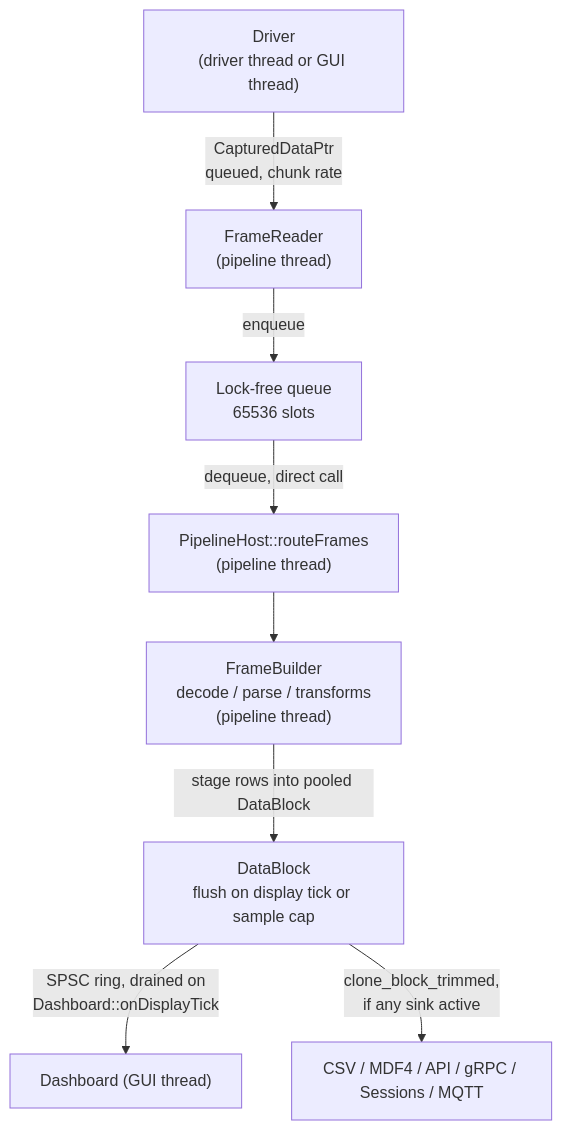
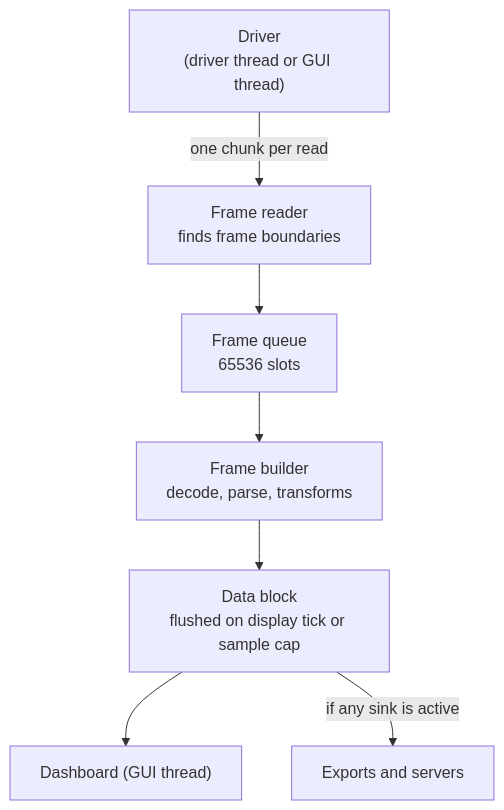
One commit to Serial-Studio/Serial-Studio changed the diagram in doc/help/Data-Hotpath.md. Above: the diagram before and after it, drawn with Mermaid. The commit also changed other lines of this file and 41 other files, not shown here.

First line of the commit message:
docs(help): rework the Drivers, Data, Integration, Architecture, Support and Licensing pages

````diff
--- a/doc/help/Data-Hotpath.md
+++ b/doc/help/Data-Hotpath.md
@@ -18,10 +37,9 @@
 ```mermaid
 flowchart TD
-    A["Driver<br/>(driver thread or GUI thread)"] -->|CapturedDataPtr<br/>queued, chunk rate| B["FrameReader<br/>(pipeline thread)"]
-    B -->|enqueue| Q["Lock-free queue<br/>65536 slots"]
-    Q -->|dequeue, direct call| R["PipelineHost::routeFrames<br/>(pipeline thread)"]
-    R --> E["FrameBuilder<br/>decode / parse / transforms<br/>(pipeline thread)"]
-    E -->|stage rows into pooled DataBlock| S["DataBlock<br/>flush on display tick or sample cap"]
-    S -->|SPSC ring, drained on<br/>Dashboard::onDisplayTick| F["Dashboard (GUI thread)"]
-    S -->|clone_block_trimmed,<br/>if any sink active| G["CSV / MDF4 / API / gRPC / Sessions / MQTT"]
+    A["Driver<br/>(driver thread or GUI thread)"] -->|one chunk per read| B["Frame reader<br/>finds frame boundaries"]
+    B --> Q["Frame queue<br/>65536 slots"]
+    Q --> E["Frame builder<br/>decode, parse, transforms"]
+    E --> S["Data block<br/>flushed on display tick or sample cap"]
+    S --> F["Dashboard (GUI thread)"]
+    S -->|if any sink is active| G["Exports and servers"]
 ```
````
